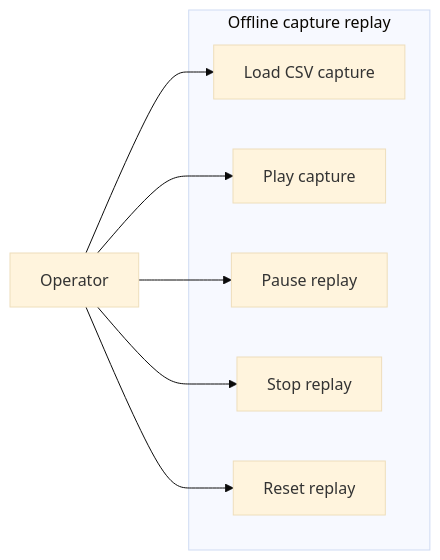
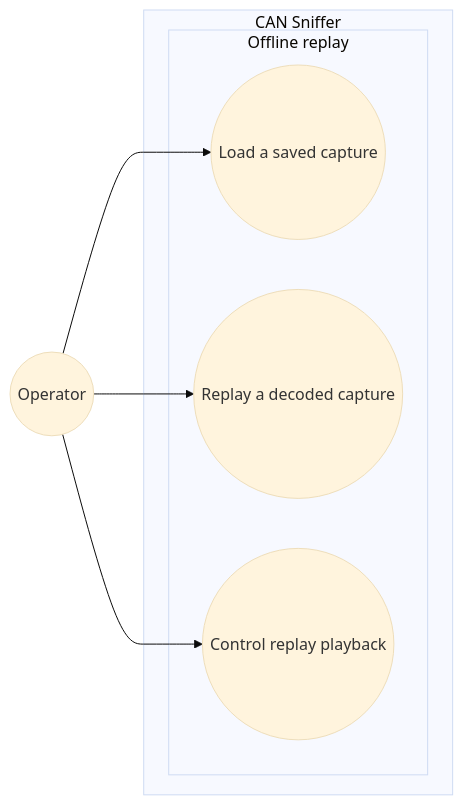
Before and after one commit to benoit-bremaud/can-sniffer: the diagram in docs/architecture/diagrams/offline-replay/01-use-case.md, drawn with Mermaid (base theme). The commit also changed other lines of this file and 3 other files, not shown here.

Commit message:
docs(architecture): design semantic replay decoding

````diff
--- a/docs/architecture/diagrams/offline-replay/01-use-case.md
+++ b/docs/architecture/diagrams/offline-replay/01-use-case.md
@@ -12,16 +13,14 @@
 ```mermaid
 flowchart LR
-    Operator[Operator]
-    subgraph OfflineReplay[Offline capture replay]
-        Load[Load CSV capture]
-        Play[Play capture]
-        Pause[Pause replay]
-        Stop[Stop replay]
-        Reset[Reset replay]
+    Operator((Operator))
+    subgraph SYSTEM ["CAN Sniffer"]
+        subgraph OfflineReplay ["Offline replay"]
+            UC1(("Load a saved capture"))
+            UC2(("Replay a decoded capture"))
+            UC3(("Control replay playback"))
+        end
     end
-    Operator --> Load
-    Operator --> Play
-    Operator --> Pause
-    Operator --> Stop
-    Operator --> Reset
+    Operator --> UC1
+    Operator --> UC2
+    Operator --> UC3
 ```
````
